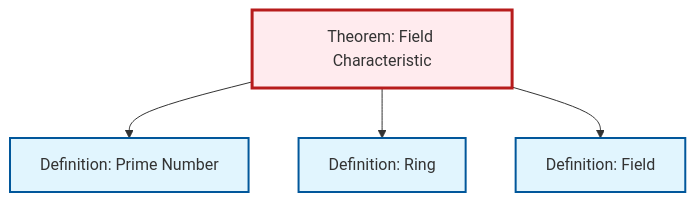
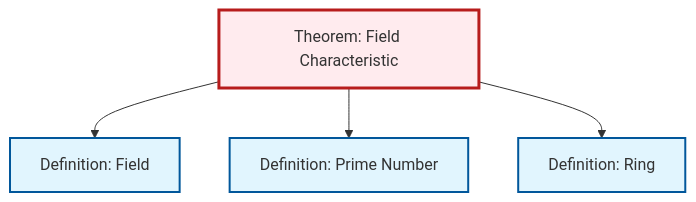
The diagram in content/ja/algebra/thm-field-characteristic.qmd (RK0429/ModernMath), drawn with Mermaid before and after one commit. The commit also changed other lines of this file and 497 other files, not shown here.

````diff
--- a/content/ja/algebra/thm-field-characteristic.qmd
+++ b/content/ja/algebra/thm-field-characteristic.qmd
@@ -54,20 +54,20 @@
 ```{mermaid}
 %%| fig-cap: "Local dependency graph"
 graph TD
     classDef definition fill:#e1f5fe,stroke:#01579b,stroke-width:2px
     classDef theorem fill:#f3e5f5,stroke:#4a148c,stroke-width:2px
     classDef axiom fill:#fff3e0,stroke:#e65100,stroke-width:2px
     classDef example fill:#e8f5e9,stroke:#1b5e20,stroke-width:2px
     classDef current fill:#ffebee,stroke:#b71c1c,stroke-width:3px
-    def-ring["Definition: Ring"]:::definition
     def-prime["Definition: Prime Number"]:::definition
     def-field["Definition: Field"]:::definition
+    def-ring["Definition: Ring"]:::definition
     thm-field-characteristic["Theorem: Field Characteristic"]:::theorem
+    thm-field-characteristic --> def-field
     thm-field-characteristic --> def-prime
     thm-field-characteristic --> def-ring
-    thm-field-characteristic --> def-field
     class thm-field-characteristic current
-    click def-ring "def-ring.html" "Definition: Ringへ"
     click def-prime "def-prime.html" "Definition: Prime Numberへ"
     click def-field "def-field.html" "Definition: Fieldへ"
+    click def-ring "def-ring.html" "Definition: Ringへ"
 ```
````
